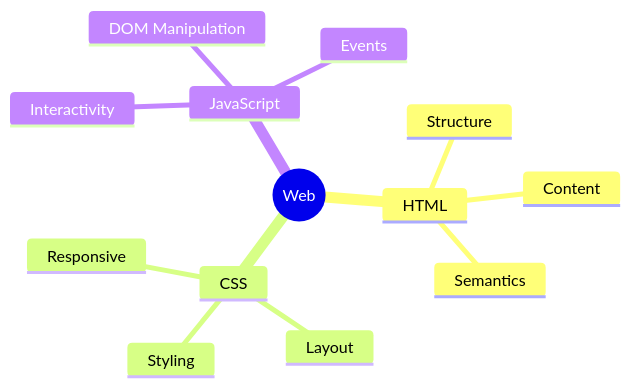
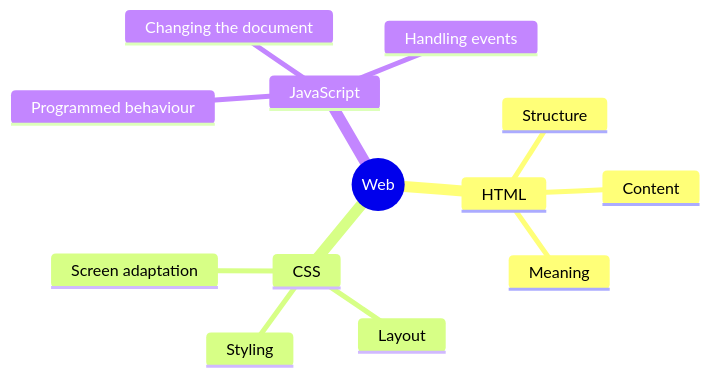
One commit to JLearn-space/JLearn-docs changed the first of 2 diagrams in HTML/Lesson-1/en/Introduction to HTML document structure.md. Above: the diagram before and after it, drawn with Mermaid. The commit also changed other lines of this file and 148 other files, not shown here.

````diff
--- a/HTML/Lesson-1/en/Introduction to HTML document structure.md
+++ b/HTML/Lesson-1/en/Introduction to HTML document structure.md
@@ -47,16 +56,16 @@
 ```mermaid
 mindmap
   root((Web))
     HTML
       Structure
       Content
-      Semantics
+      Meaning
     CSS
       Styling
       Layout
-      Responsive
+      Screen adaptation
     JavaScript
-      Interactivity
-      DOM Manipulation
-      Events
+      Programmed behaviour
+      Changing the document
+      Handling events
 ```
````
